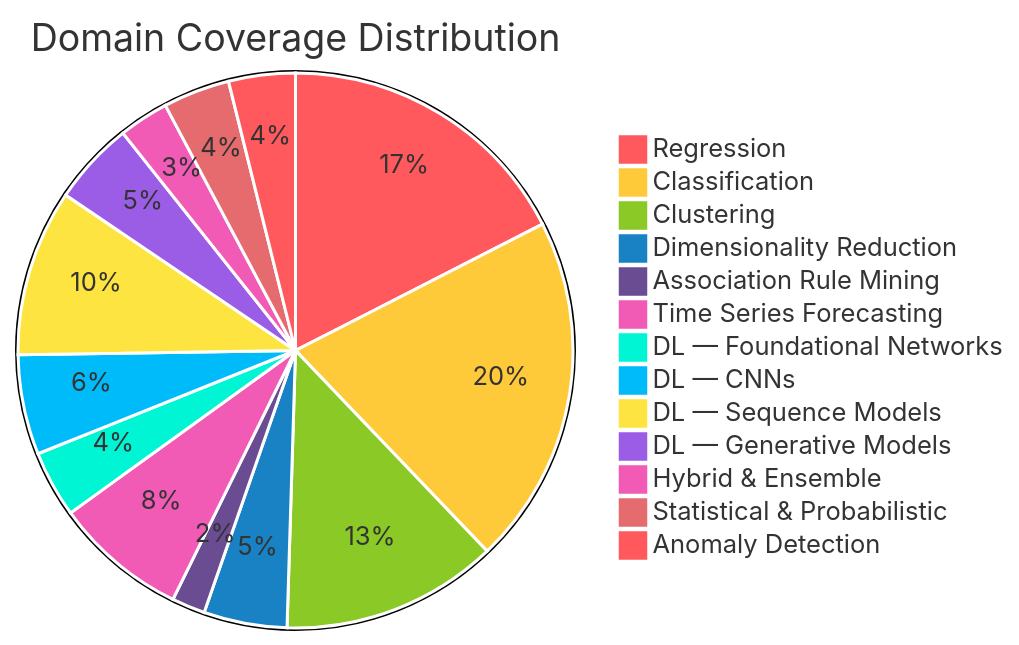
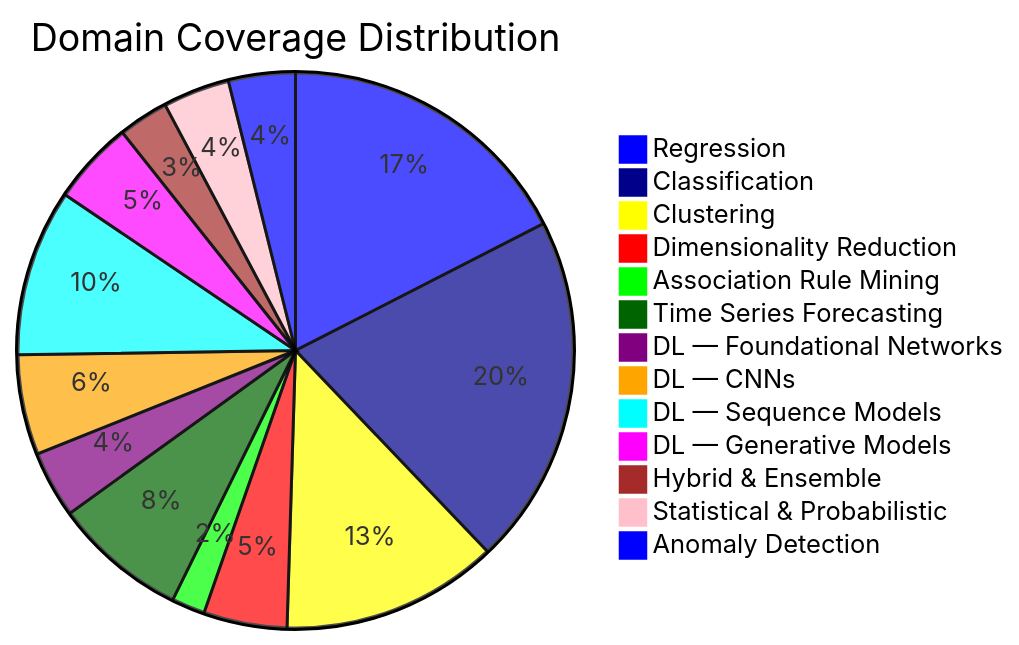
Before and after one commit to AnshumanJ28/Janex-readme: the diagram in README.md, drawn with Mermaid.

Commit message:
Fix text color contrast and apply basic bold colors to pie chart

````diff
--- a/README.md
+++ b/README.md
@@ -54,17 +54,17 @@
 ```mermaid
-%%{init: {"theme": "base", "themeVariables": {"pie1": "#FF595E", "pie2": "#FFCA3A", "pie3": "#8AC926", "pie4": "#1982C4", "pie5": "#6A4C93", "pie6": "#F15BB5", "pie7": "#00F5D4", "pie8": "#00BBF9", "pie9": "#FEE440", "pie10": "#9B5DE5", "pie11": "#F15BB5", "pie12": "#E56B6F", "pieStrokeColor": "#ffffff", "pieStrokeWidth": "2px", "pieOpacity": "1.0"}}}%%
+%%{init: {"theme": "default", "themeVariables": {"pie1": "#0000FF", "pie2": "#00008B", "pie3": "#FFFF00", "pie4": "#FF0000", "pie5": "#00FF00", "pie6": "#006400", "pie7": "#800080", "pie8": "#FFA500", "pie9": "#00FFFF", "pie10": "#FF00FF", "pie11": "#A52A2A", "pie12": "#FFC0CB"}}}%%
 pie title Domain Coverage Distribution
     "Regression" : 18
     "Classification" : 21
     "Clustering" : 13
     "Dimensionality Reduction" : 5
     "Association Rule Mining" : 2
     "Time Series Forecasting" : 8
     "DL — Foundational Networks" : 4
     "DL — CNNs" : 6
     "DL — Sequence Models" : 10
     "DL — Generative Models" : 5
     "Hybrid & Ensemble" : 3
     "Statistical & Probabilistic" : 4
     "Anomaly Detection" : 4
 ```
````
